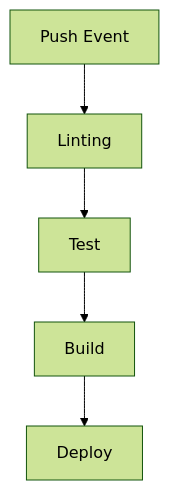
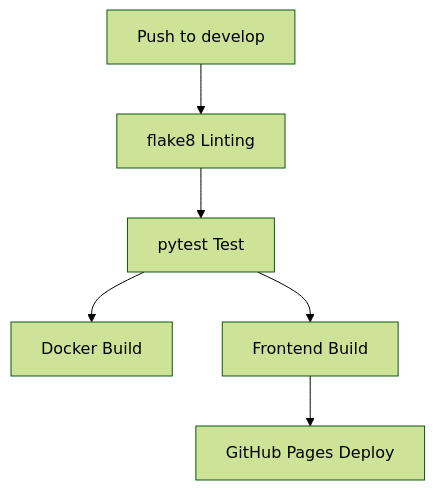
The fifth of 5 diagrams in docs/design.md (watanka/AbotMe), drawn with Mermaid (forest theme) before and after one commit. The commit also changed other lines of this file and 2 other files, not shown here.

````diff
--- a/docs/design.md
+++ b/docs/design.md
@@ -91,13 +142,15 @@
 ```mermaid
 graph TD
-    A[Push Event]
-    B[Linting]
-    C[Test]
-    D[Build]
-    E[Deploy]
+    A[Push to develop]
+    B[flake8 Linting]
+    C[pytest Test]
+    D[Docker Build]
+    E[Frontend Build]
+    F[GitHub Pages Deploy]
     
     A --> B
     B --> C
     C --> D
-    D --> E
+    C --> E
+    E --> F
 ```
````
